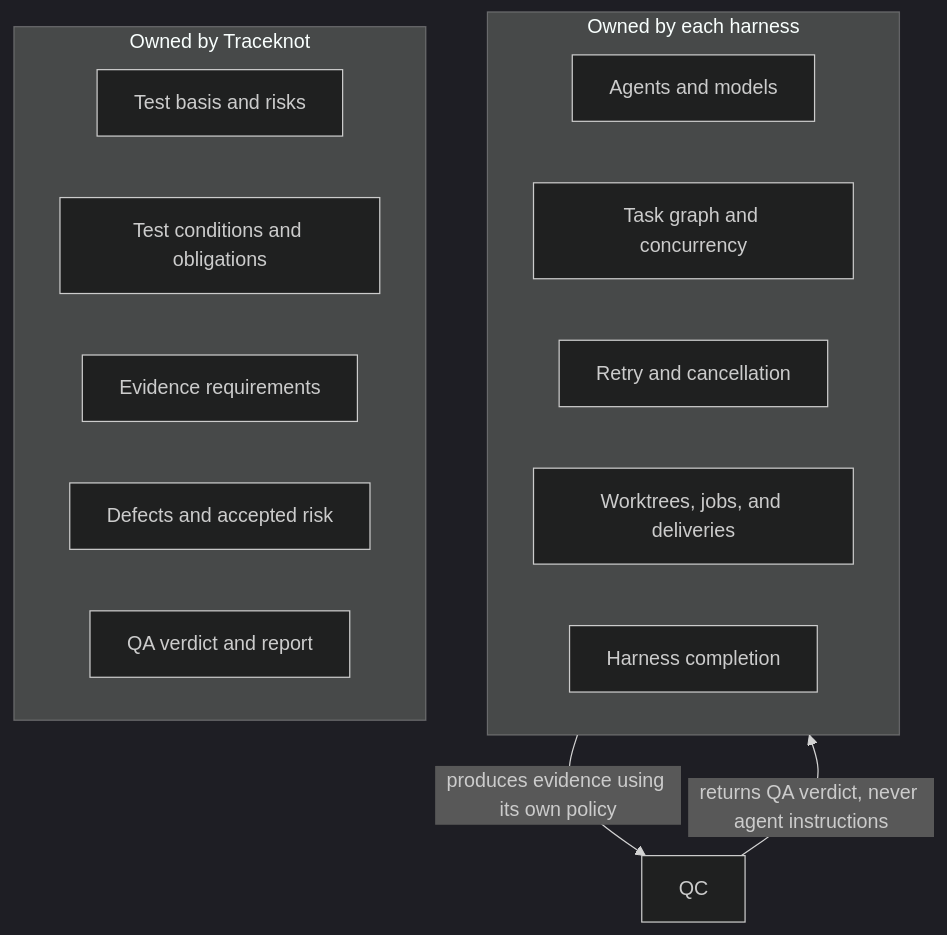
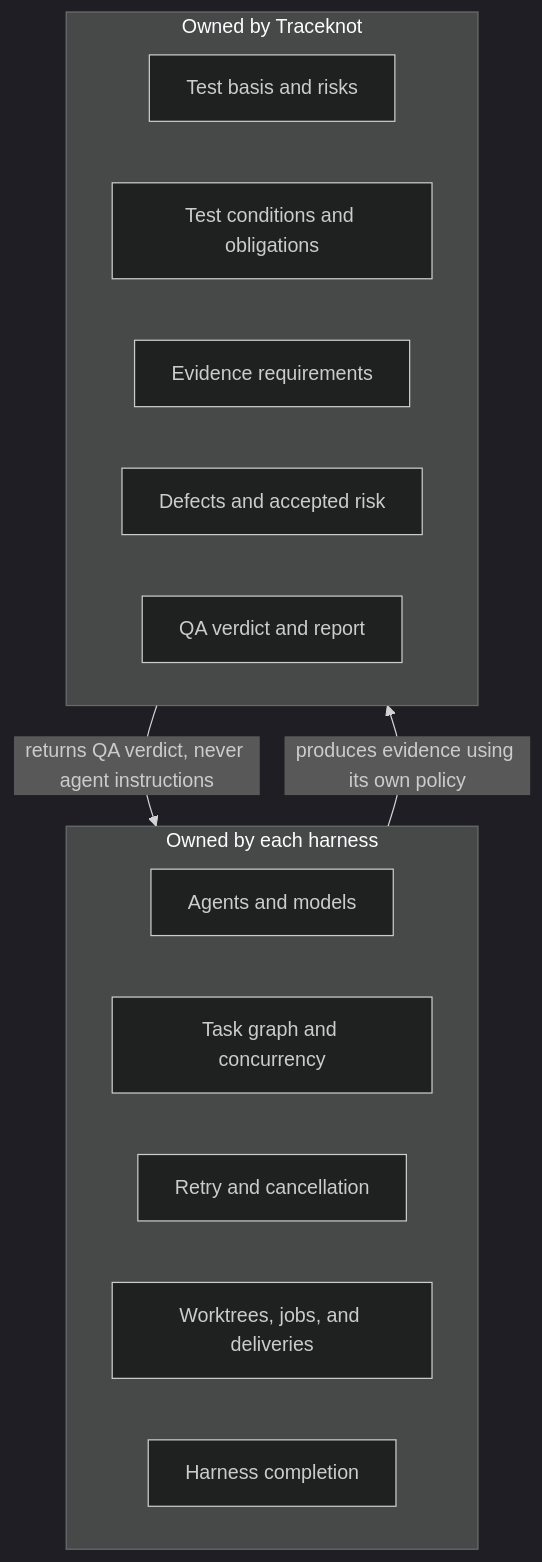
The second of 3 diagrams in README.md (Jin-Doh/traceknot), drawn with Mermaid (dark theme) before and after one commit. The commit also changed other lines of this file and 3 other files, not shown here.

````diff
--- a/README.md
+++ b/README.md
@@ -67,21 +99,21 @@
 ```mermaid
 flowchart TB
     subgraph Harness[Owned by each harness]
       HA[Agents and models]
       HT[Task graph and concurrency]
       HR[Retry and cancellation]
       HW[Worktrees, jobs, and deliveries]
       HC[Harness completion]
     end
 
     subgraph TK[Owned by Traceknot]
       QB[Test basis and risks]
       QP[Test conditions and obligations]
       QE[Evidence requirements]
       QD[Defects and accepted risk]
       QV[QA verdict and report]
     end
 
-    Harness -->|produces evidence using its own policy| QC
-    QC -->|returns QA verdict, never agent instructions| Harness
+    Harness -->|produces evidence using its own policy| TK
+    TK -->|returns QA verdict, never agent instructions| Harness
 ```
````
